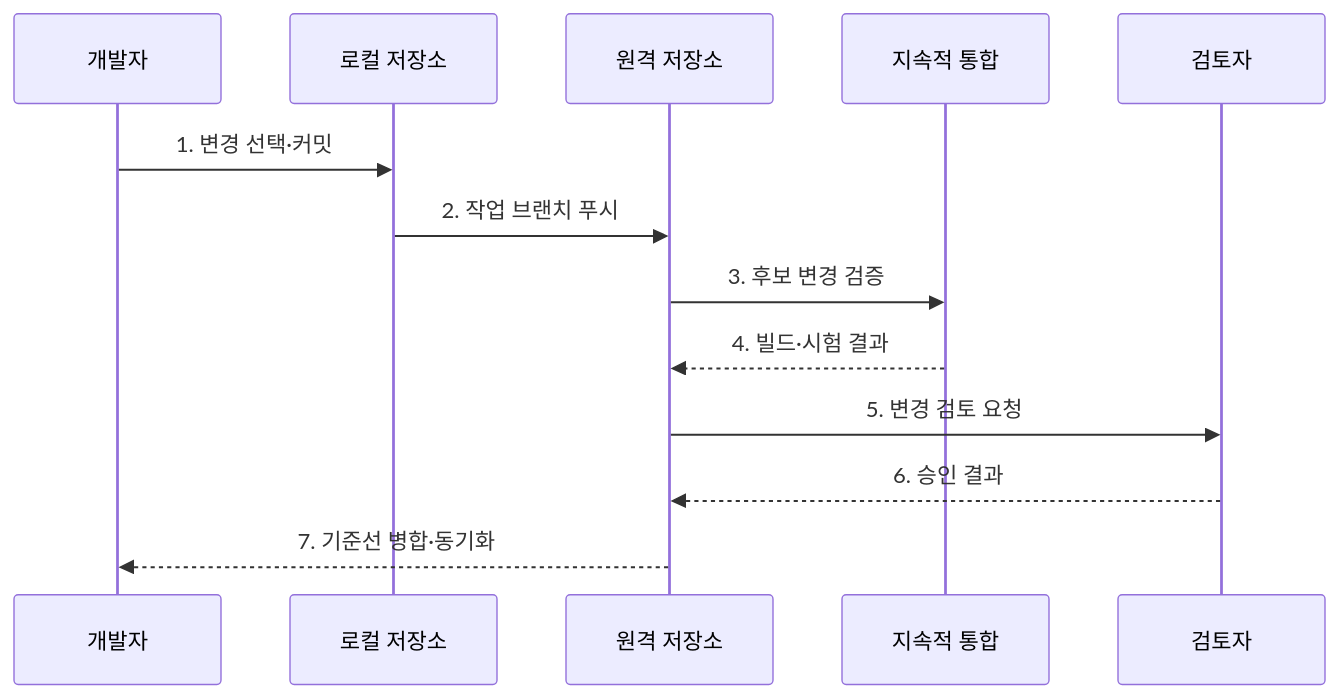
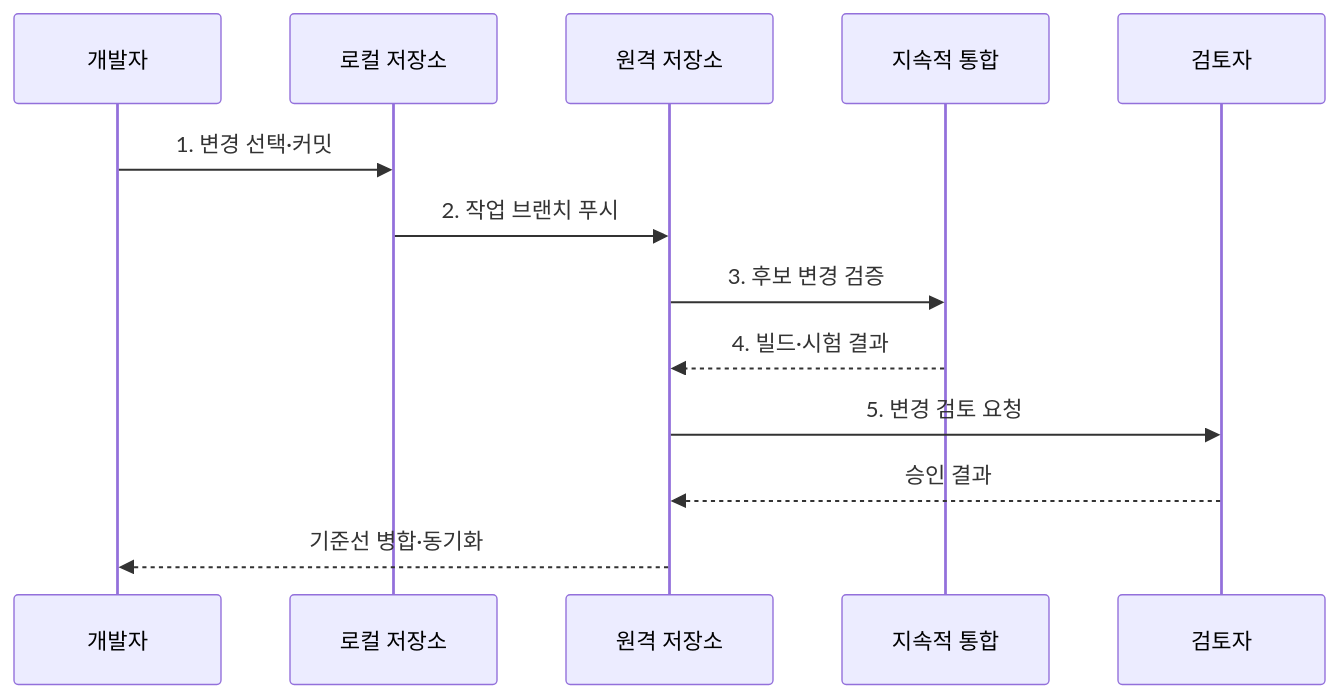
The second of 2 diagrams in src/content/docs/notes/03-software/052_configuration_management_git.md (agnusdei1207/knowledge-base), drawn with Mermaid before and after one commit. The commit also changed other lines of this file and 238 other files, not shown here.

````diff
--- a/src/content/docs/notes/03-software/052_configuration_management_git.md
+++ b/src/content/docs/notes/03-software/052_configuration_management_git.md
@@ -87,15 +89,15 @@
 ```mermaid
 sequenceDiagram
     participant D as 개발자
     participant L as 로컬 저장소
     participant R as 원격 저장소
     participant C as 지속적 통합
     participant A as 검토자
     D->>L: 1. 변경 선택·커밋
     L->>R: 2. 작업 브랜치 푸시
     R->>C: 3. 후보 변경 검증
     C-->>R: 4. 빌드·시험 결과
     R->>A: 5. 변경 검토 요청
-    A-->>R: 6. 승인 결과
-    R-->>D: 7. 기준선 병합·동기화
+    A-->>R: 승인 결과
+    R-->>D: 기준선 병합·동기화
 ```
````
